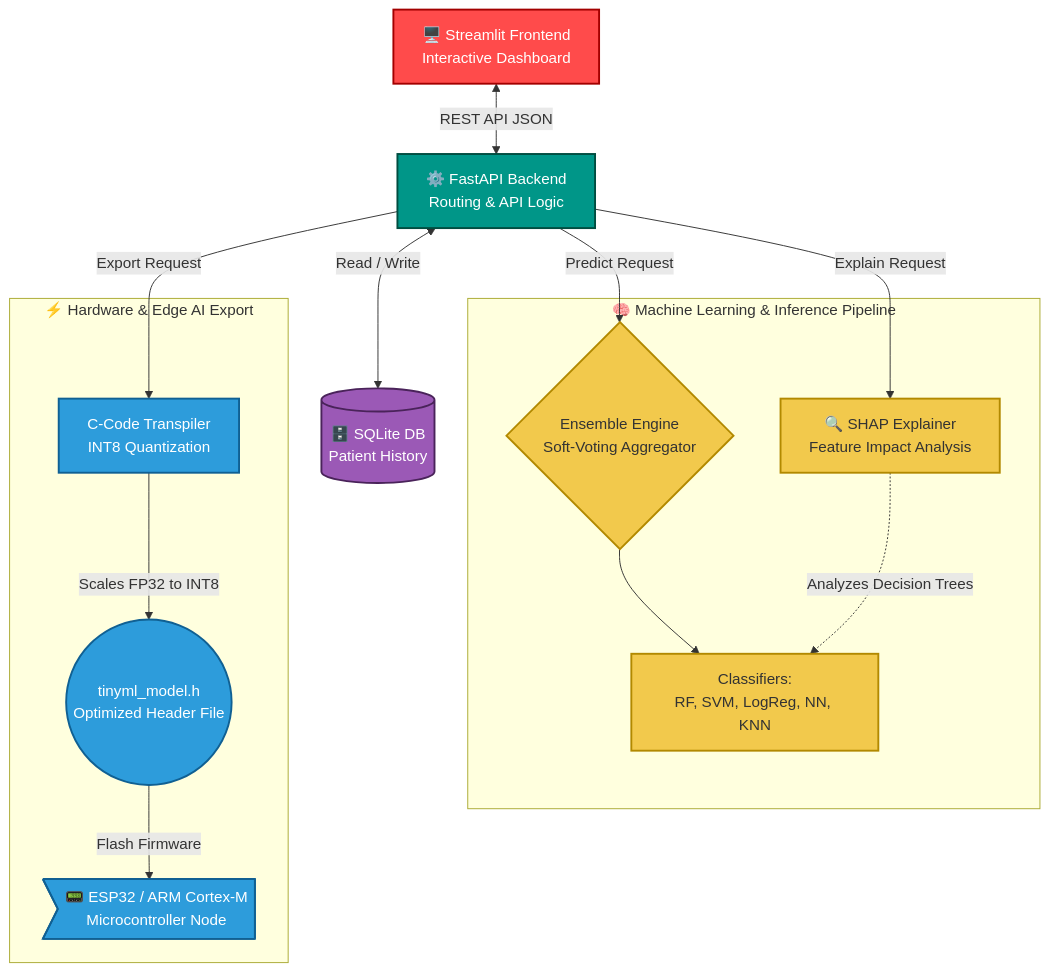
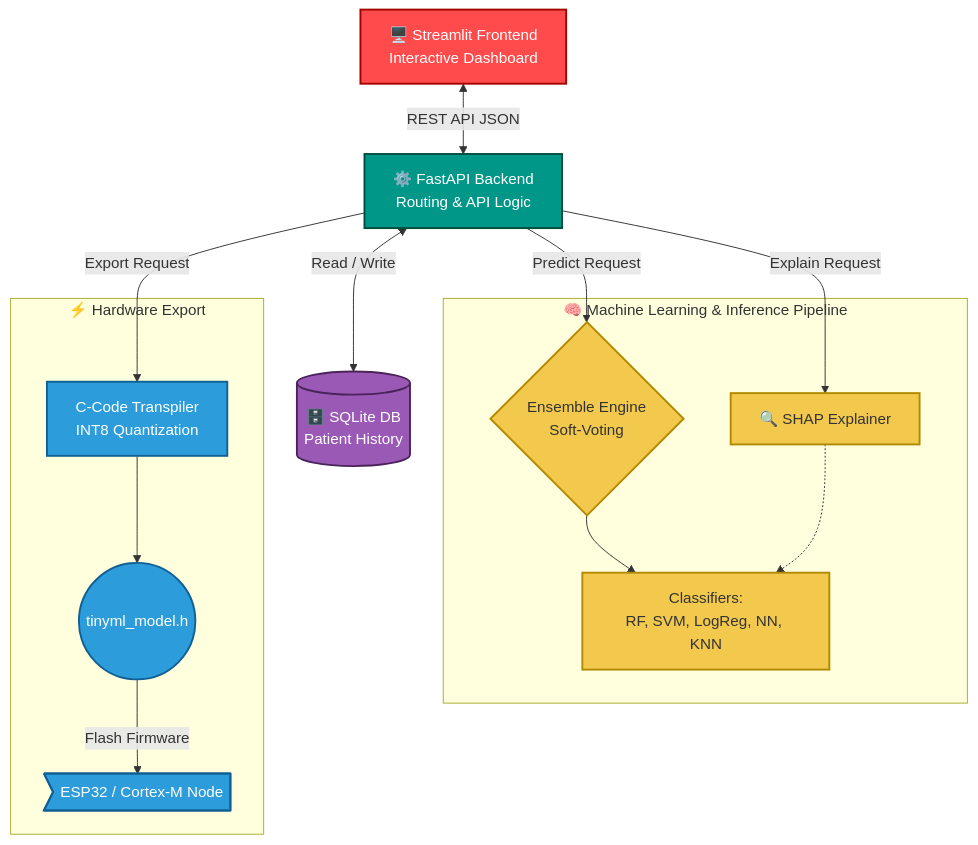
The diagram in README.md (IDKHowToCodeFR/HEARTFLOW_OS), drawn with Mermaid before and after one commit. The commit also changed other lines of this file and 8 other files, not shown here.

````diff
--- a/README.md
+++ b/README.md
@@ -16,42 +20,39 @@
 ```mermaid
 flowchart TD
     %% Define styles
     classDef frontend fill:#ff4b4b,stroke:#a30000,stroke-width:2px,color:#fff;
     classDef backend fill:#009688,stroke:#004d40,stroke-width:2px,color:#fff;
     classDef ml_node fill:#f2c94c,stroke:#b28900,stroke-width:2px,color:#333;
     classDef edge_tech fill:#2d9cdb,stroke:#106093,stroke-width:2px,color:#fff;
     classDef db fill:#9b59b6,stroke:#4a235a,stroke-width:2px,color:#fff;
 
     %% Core Components
     UI[🖥️ Streamlit Frontend<br/>Interactive Dashboard]:::frontend
     API[⚙️ FastAPI Backend<br/>Routing & API Logic]:::backend
     DB[(🗄️ SQLite DB<br/>Patient History)]:::db
 
     UI <-->|REST API JSON| API
     API <-->|Read / Write| DB
 
     %% ML Subgraph
     subgraph ML [🧠 Machine Learning & Inference Pipeline]
-        ENS{Ensemble Engine<br/>Soft-Voting Aggregator}:::ml_node
+        ENS{Ensemble Engine<br/>Soft-Voting}:::ml_node
         Models[Classifiers:<br/>RF, SVM, LogReg, NN, KNN]:::ml_node
-        SHAP[🔍 SHAP Explainer<br/>Feature Impact Analysis]:::ml_node
+        SHAP[🔍 SHAP Explainer]:::ml_node
     end
 
     %% Edge Quantization Subgraph
-    subgraph Quantization [⚡ Hardware & Edge AI Export]
+    subgraph Quantization [⚡ Hardware Export]
         TRANS[C-Code Transpiler<br/>INT8 Quantization]:::edge_tech
-        HEADER((tinyml_model.h<br/>Optimized Header File)):::edge_tech
-        MCU>📟 ESP32 / ARM Cortex-M<br/>Microcontroller Node]:::edge_tech
+        HEADER((tinyml_model.h)):::edge_tech
+        MCU>ESP32 / Cortex-M Node]:::edge_tech
     end
 
-    %% Routing Connections
     API -->|Predict Request| ENS
     ENS --> Models
-    
     API -->|Explain Request| SHAP
-    SHAP -.->|Analyzes Decision Trees| Models
-    
+    SHAP -.-> Models
     API -->|Export Request| TRANS
-    TRANS -->|Scales FP32 to INT8| HEADER
+    TRANS --> HEADER
     HEADER -->|Flash Firmware| MCU
 ```
````
